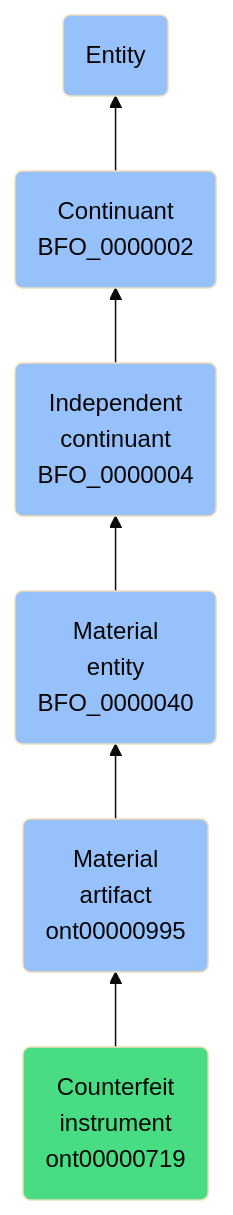
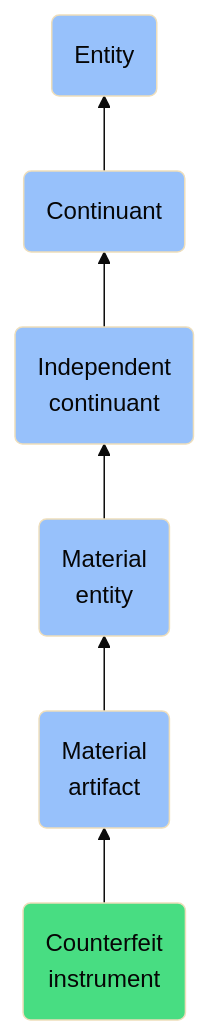
The diagram in docs/ontology/reference/model/Entity/Continuant/Independent continuant/Material entity/Material artifact/Counterfeit instrument/Counterfeit instrument.md (jupyter-naas/abi), drawn with Mermaid (base theme) before and after one commit. The commit also changed other lines of this file and 1430 other files, not shown here.

````diff
--- a/docs/ontology/reference/model/Entity/Continuant/Independent continuant/Material entity/Material artifact/Counterfeit instrument/Counterfeit instrument.md
+++ b/docs/ontology/reference/model/Entity/Continuant/Independent continuant/Material entity/Material artifact/Counterfeit instrument/Counterfeit instrument.md
@@ -24,13 +24,13 @@
 ```mermaid
 graph BT
-    ont00000719(Counterfeit<br>instrument<br>ont00000719):::ABI-->ont00000995
-    ont00000995(Material<br>artifact<br>ont00000995):::BFO-->BFO_0000040
-    BFO_0000040(Material<br>entity<br>BFO_0000040):::BFO-->BFO_0000004
-    BFO_0000004(Independent<br>continuant<br>BFO_0000004):::BFO-->BFO_0000002
-    BFO_0000002(Continuant<br>BFO_0000002):::BFO-->BFO_0000001
+    ont00000719(Counterfeit<br>instrument):::ABI-->ont00000995
+    ont00000995(Material<br>artifact):::BFO-->BFO_0000040
+    BFO_0000040(Material<br>entity):::BFO-->BFO_0000004
+    BFO_0000004(Independent<br>continuant):::BFO-->BFO_0000002
+    BFO_0000002(Continuant):::BFO-->BFO_0000001
     BFO_0000001(Entity):::BFO
     
     classDef BFO fill:#97c1fb,color:#060606
     classDef CCO fill:#e4c51e,color:#060606
     classDef ABI fill:#48DD82,color:#060606
 ```
````
